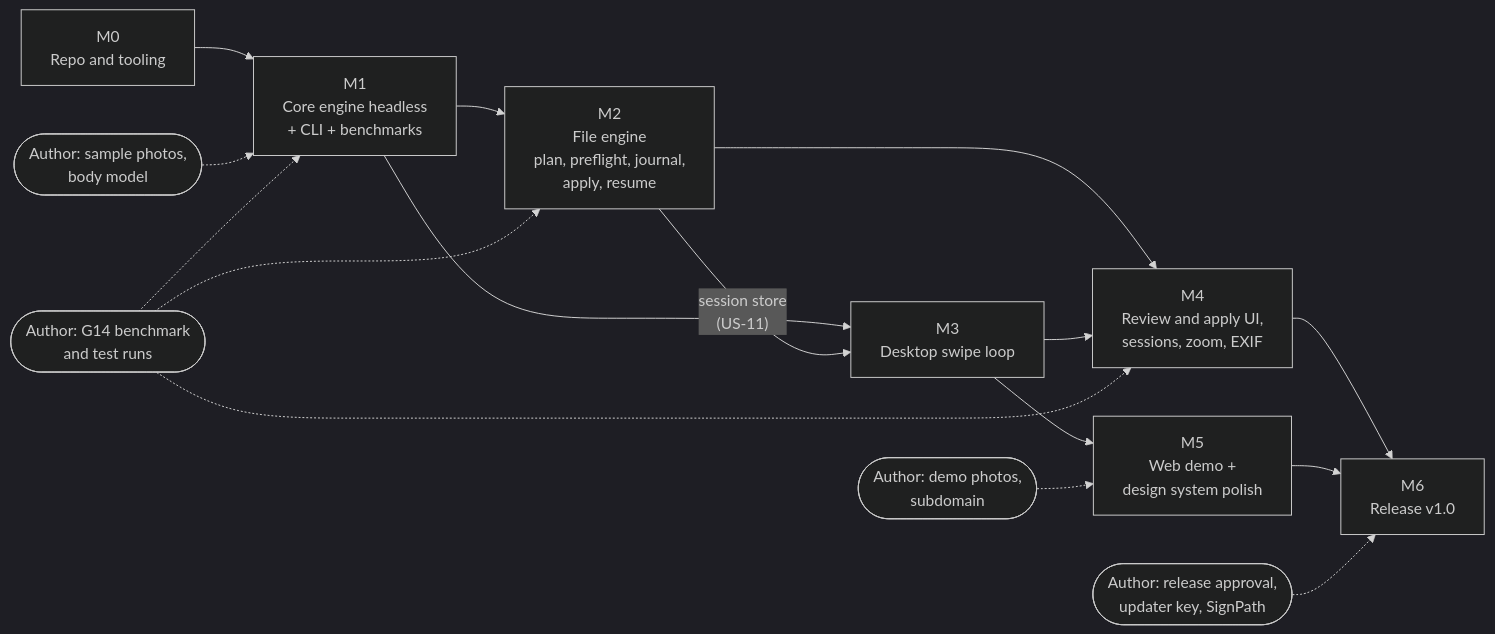
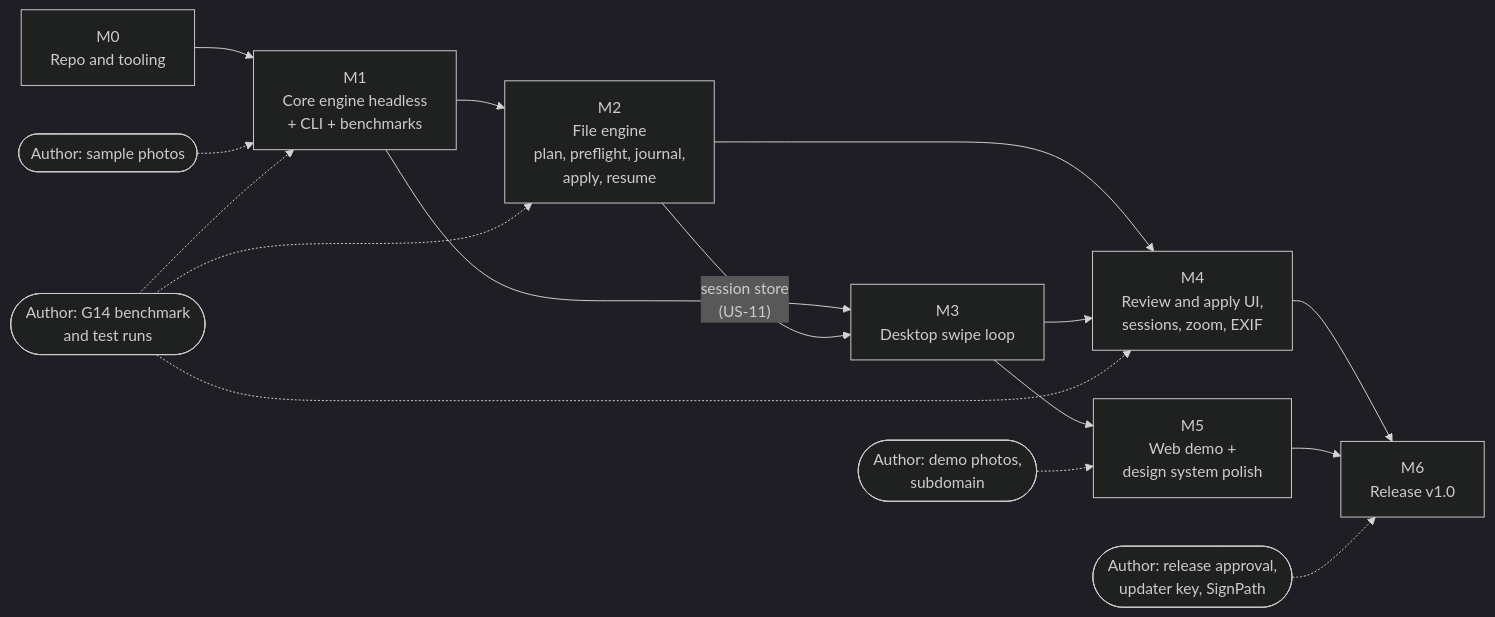
The diagram in docs/roadmap.md (margaux-faurie/culla), drawn with Mermaid (dark theme) before and after one commit. The commit also changed other lines of this file and 20 other files, not shown here.

````diff
--- a/docs/roadmap.md
+++ b/docs/roadmap.md
@@ -9,19 +9,19 @@
 ```mermaid
 flowchart LR
   M0["M0<br/>Repo and tooling"] --> M1["M1<br/>Core engine headless<br/>+ CLI + benchmarks"]
   M1 --> M2["M2<br/>File engine<br/>plan, preflight, journal,<br/>apply, resume"]
   M1 --> M3["M3<br/>Desktop swipe loop"]
   M2 -- "session store<br/>(US-11)" --> M3
   M2 --> M4["M4<br/>Review and apply UI,<br/>sessions, zoom, EXIF"]
   M3 --> M4
   M3 --> M5["M5<br/>Web demo +<br/>design system polish"]
   M4 --> M6["M6<br/>Release v1.0"]
   M5 --> M6
 
-  A1(["Author: sample photos,<br/>body model"]) -.-> M1
+  A1(["Author: sample photos"]) -.-> M1
   A2(["Author: G14 benchmark<br/>and test runs"]) -.-> M1
   A2 -.-> M2
   A2 -.-> M4
   A3(["Author: demo photos,<br/>subdomain"]) -.-> M5
   A4(["Author: release approval,<br/>updater key, SignPath"]) -.-> M6
 ```
````
